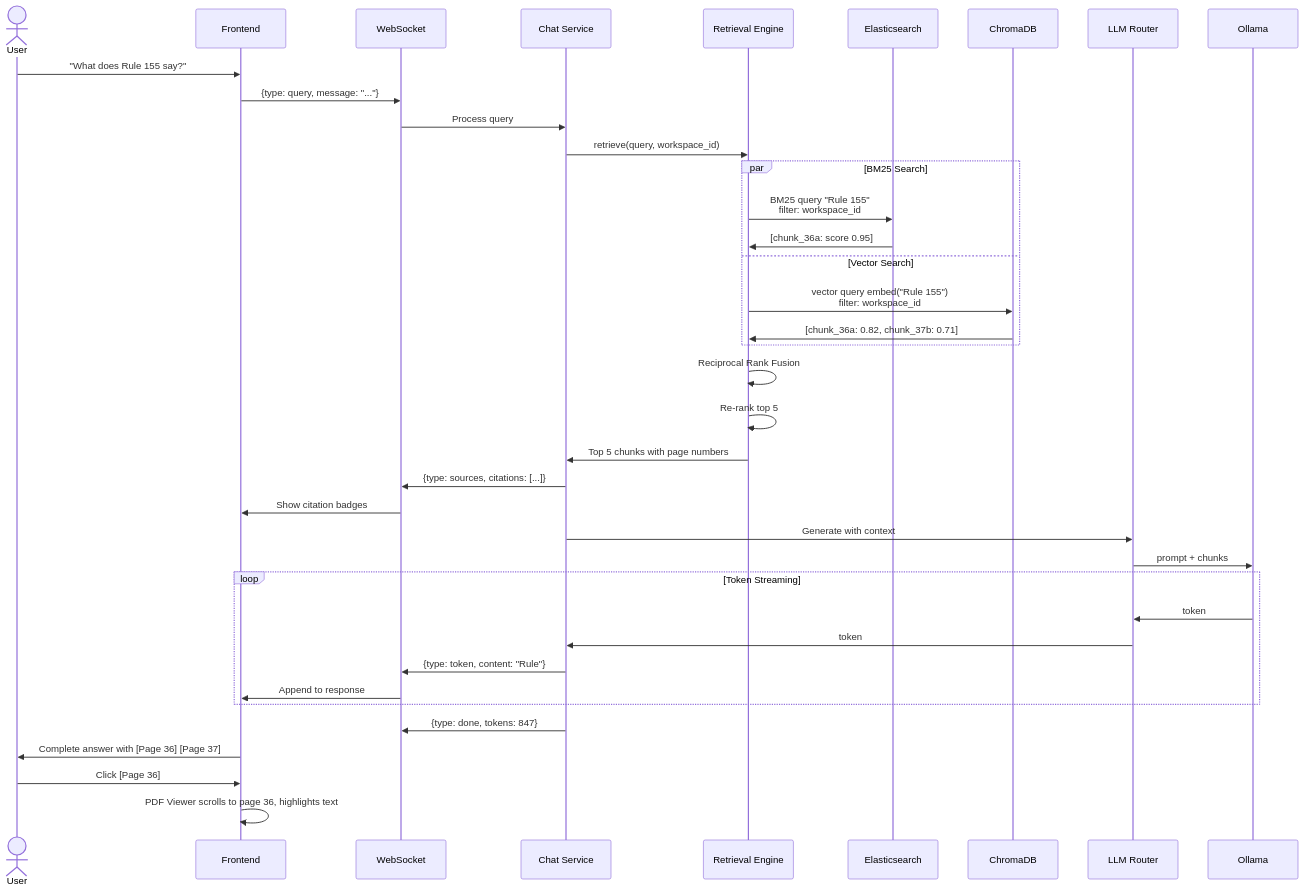
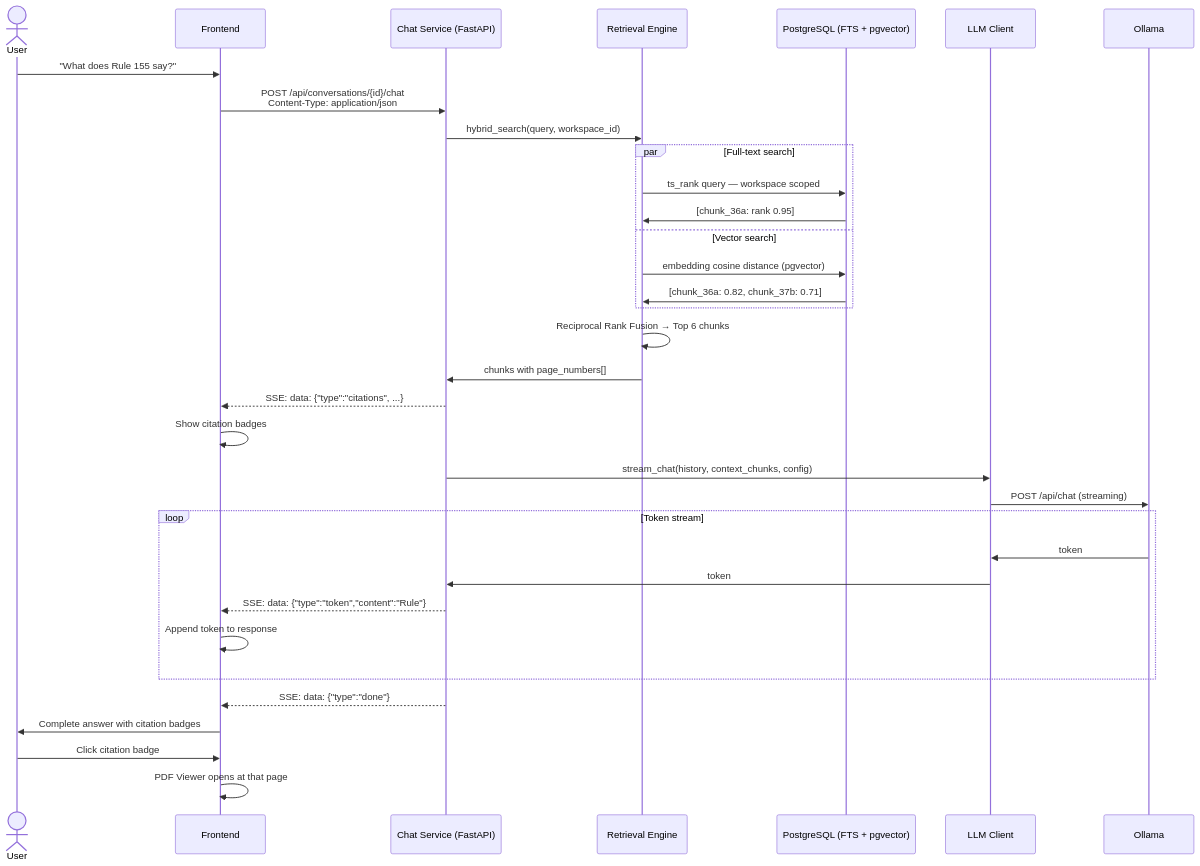
Before and after one commit to Tapudp/docqa: the tenth of 15 diagrams in npuden-docqa-visual-architecture.md, drawn with Mermaid. The commit also changed other lines of this file and 5 other files, not shown here.

Commit message:
update: docs + pdf viewer worker bundled inside frontend image

````diff
--- a/npuden-docqa-visual-architecture.md
+++ b/npuden-docqa-visual-architecture.md
@@ -504,48 +504,44 @@
 ```mermaid
 sequenceDiagram
     actor User
     participant FE as Frontend
-    participant WS as WebSocket
-    participant API as Chat Service
+    participant API as Chat Service (FastAPI)
     participant RET as Retrieval Engine
-    participant ES as Elasticsearch
-    participant VDB as ChromaDB
-    participant LLM as LLM Router
+    participant PG as PostgreSQL (FTS + pgvector)
+    participant LLM as LLM Client
     participant OLL as Ollama
 
     User->>FE: "What does Rule 155 say?"
-    FE->>WS: {type: query, message: "..."}
-    WS->>API: Process query
+    FE->>API: POST /api/conversations/{id}/chat<br/>Content-Type: application/json
 
-    API->>RET: retrieve(query, workspace_id)
+    API->>RET: hybrid_search(query, workspace_id)
 
-    par BM25 Search
-        RET->>ES: BM25 query "Rule 155"<br/>filter: workspace_id
-        ES->>RET: [chunk_36a: score 0.95]
-    and Vector Search
-        RET->>VDB: vector query embed("Rule 155")<br/>filter: workspace_id
-        VDB->>RET: [chunk_36a: 0.82, chunk_37b: 0.71]
+    par Full-text search
+        RET->>PG: ts_rank query — workspace scoped
+        PG->>RET: [chunk_36a: rank 0.95]
+    and Vector search
+        RET->>PG: embedding cosine distance (pgvector)
+        PG->>RET: [chunk_36a: 0.82, chunk_37b: 0.71]
     end
 
-    RET->>RET: Reciprocal Rank Fusion
-    RET->>RET: Re-rank top 5
-    RET->>API: Top 5 chunks with page numbers
+    RET->>RET: Reciprocal Rank Fusion → Top 6 chunks
+    RET->>API: chunks with page_numbers[]
 
-    API->>WS: {type: sources, citations: [...]}
-    WS->>FE: Show citation badges
+    API-->>FE: SSE: data: {"type":"citations", ...}
+    FE->>FE: Show citation badges
 
-    API->>LLM: Generate with context
-    LLM->>OLL: prompt + chunks
+    API->>LLM: stream_chat(history, context_chunks, config)
+    LLM->>OLL: POST /api/chat (streaming)
 
-    loop Token Streaming
+    loop Token stream
         OLL->>LLM: token
         LLM->>API: token
-        API->>WS: {type: token, content: "Rule"}
-        WS->>FE: Append to response
+        API-->>FE: SSE: data: {"type":"token","content":"Rule"}
+        FE->>FE: Append token to response
     end
 
-    API->>WS: {type: done, tokens: 847}
-    FE->>User: Complete answer with [Page 36] [Page 37]
-    User->>FE: Click [Page 36]
-    FE->>FE: PDF Viewer scrolls to page 36, highlights text
+    API-->>FE: SSE: data: {"type":"done"}
+    FE->>User: Complete answer with citation badges
+    User->>FE: Click citation badge
+    FE->>FE: PDF Viewer opens at that page
 ```
````
